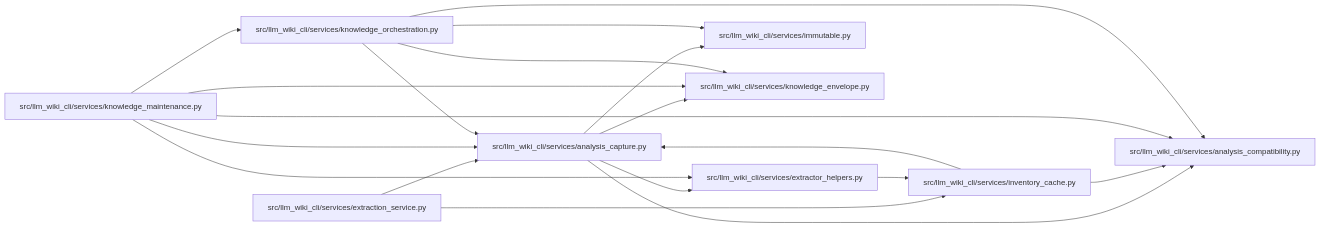
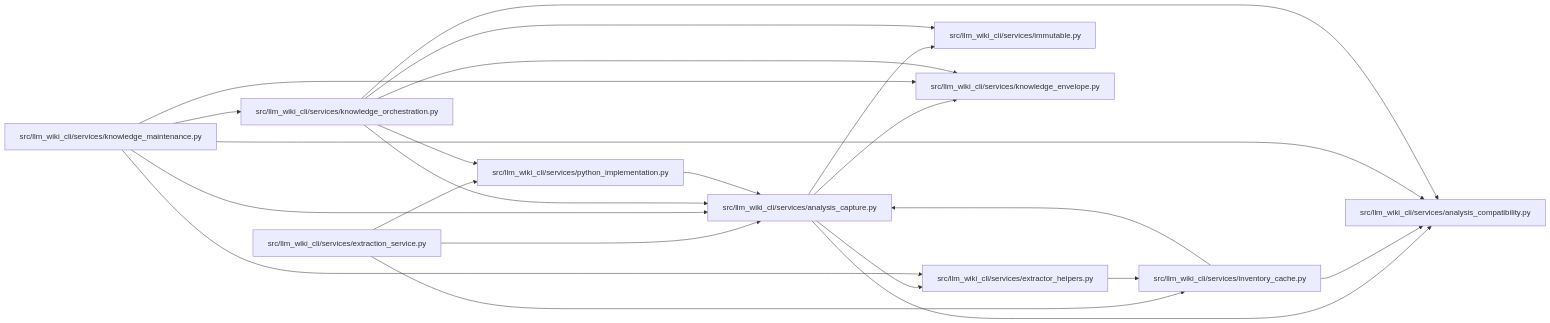
One commit to Denissvgn/python-wiki-llm changed the diagram in docs/llm_wiki/modules/analysis_capture.md. Above: the diagram before and after it, drawn with Mermaid. The commit also changed other lines of this file and 1410 other files, not shown here.

````diff
--- a/docs/llm_wiki/modules/analysis_capture.md
+++ b/docs/llm_wiki/modules/analysis_capture.md
@@ -32,39 +32,44 @@
 ```mermaid
 flowchart LR
     n0["src/llm_wiki_cli/services/analysis_capture.py"]
     n1["src/llm_wiki_cli/services/analysis_compatibility.py"]
     n2["src/llm_wiki_cli/services/extraction_service.py"]
     n3["src/llm_wiki_cli/services/extractor_helpers.py"]
     n4["src/llm_wiki_cli/services/immutable.py"]
     n5["src/llm_wiki_cli/services/inventory_cache.py"]
     n6["src/llm_wiki_cli/services/knowledge_envelope.py"]
     n7["src/llm_wiki_cli/services/knowledge_maintenance.py"]
     n8["src/llm_wiki_cli/services/knowledge_orchestration.py"]
+    n9["src/llm_wiki_cli/services/python_implementation.py"]
     n0 --> n1
     n0 --> n3
     n0 --> n4
     n0 --> n6
     n2 --> n0
     n2 --> n5
+    n2 --> n9
     n3 --> n5
     n5 --> n0
     n5 --> n1
     n7 --> n0
     n7 --> n1
     n7 --> n3
     n7 --> n6
     n7 --> n8
     n8 --> n0
     n8 --> n1
     n8 --> n4
     n8 --> n6
+    n8 --> n9
+    n9 --> n0
     click n0 "../modules/analysis_capture.md"
     click n1 "../modules/analysis_compatibility.md"
     click n2 "../modules/extraction_service.md"
     click n3 "../modules/extractor_helpers.md"
     click n4 "../modules/immutable.md"
     click n5 "../modules/inventory_cache.md"
     click n6 "../modules/knowledge_envelope.md"
     click n7 "../modules/knowledge_maintenance.md"
     click n8 "../modules/knowledge_orchestration.md"
+    click n9 "../modules/python_implementation.md"
 ```
````
